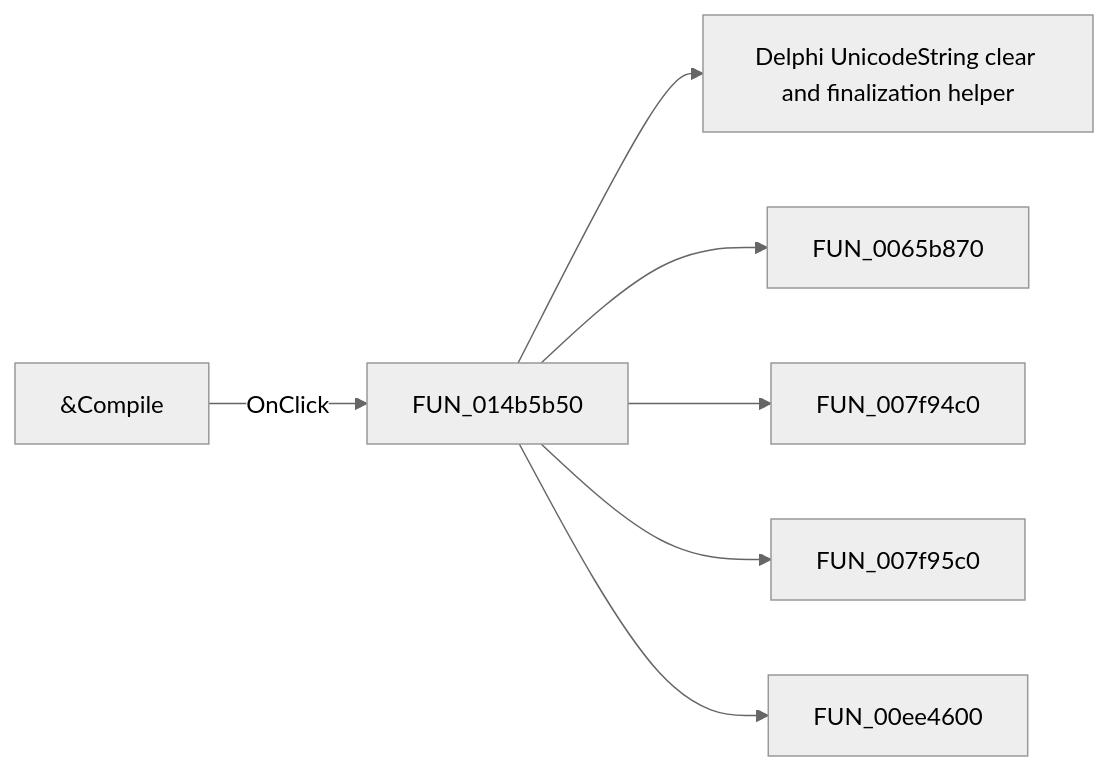
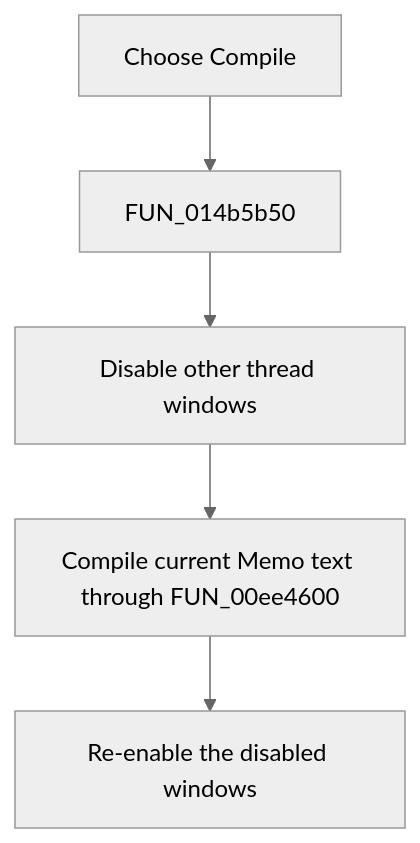
Before and after one commit to MovGP0/TIARA: the diagram in docs/ui-controls/netlistviewer/micompile-c29773d559.md, drawn with Mermaid (neutral theme). The commit also changed other lines of this file and 1062 other files, not shown here.

````diff
--- a/docs/ui-controls/netlistviewer/micompile-c29773d559.md
+++ b/docs/ui-controls/netlistviewer/micompile-c29773d559.md
@@ -27,9 +27,7 @@
 ```mermaid
-flowchart LR
-    control["&Compile"] -->|OnClick| handler["FUN_014b5b50"]
-    handler --> call1["Delphi UnicodeString clear and finalization helper"]
-    handler --> call2["FUN_0065b870"]
-    handler --> call3["FUN_007f94c0"]
-    handler --> call4["FUN_007f95c0"]
-    handler --> call5["FUN_00ee4600"]
+flowchart TD
+    control["Choose Compile"] --> handler["FUN_014b5b50"]
+    handler --> guard["Disable other thread windows"]
+    guard --> compile["Compile current Memo text through FUN_00ee4600"]
+    compile --> restore["Re-enable the disabled windows"]
 ```
````
